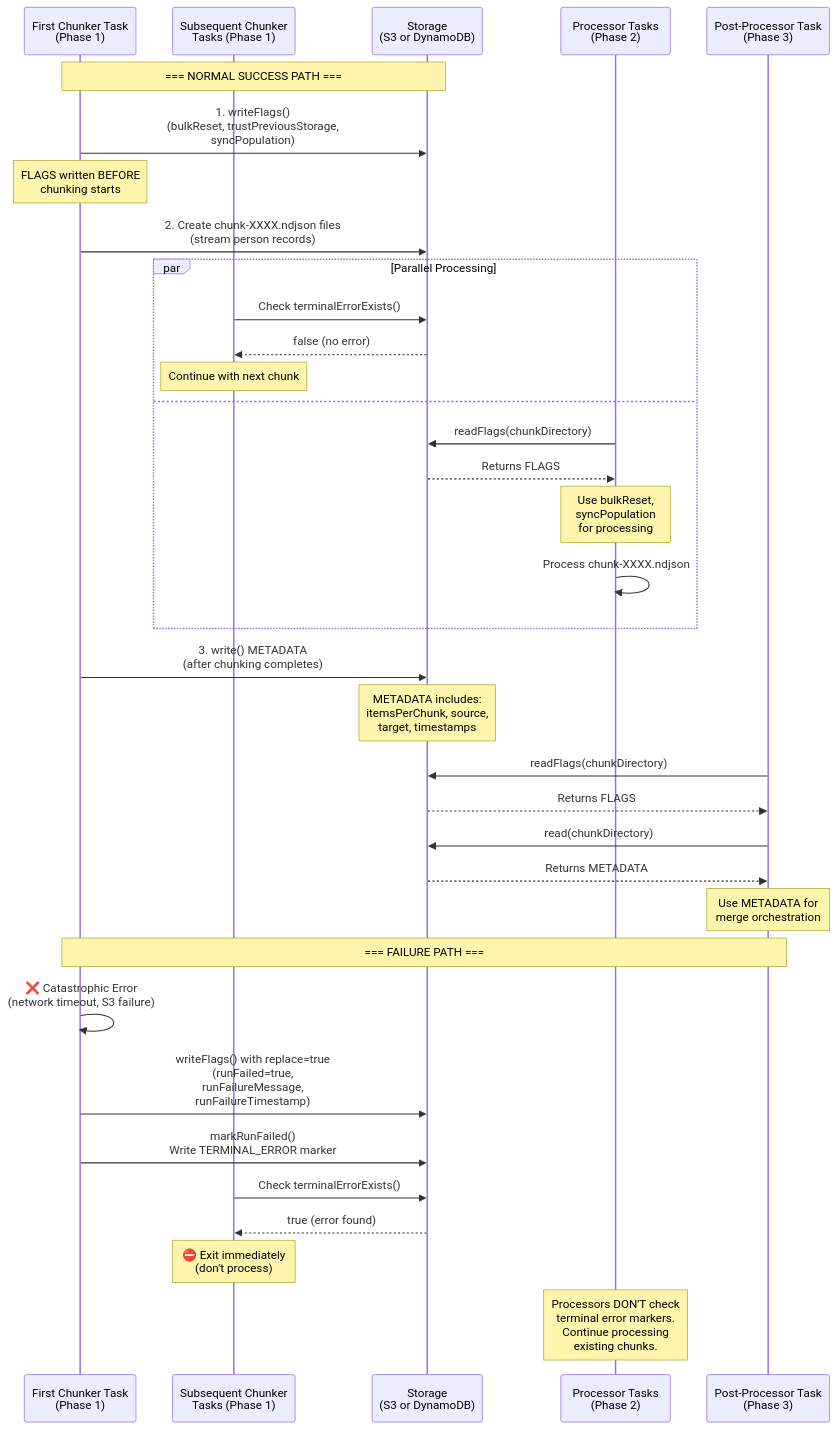
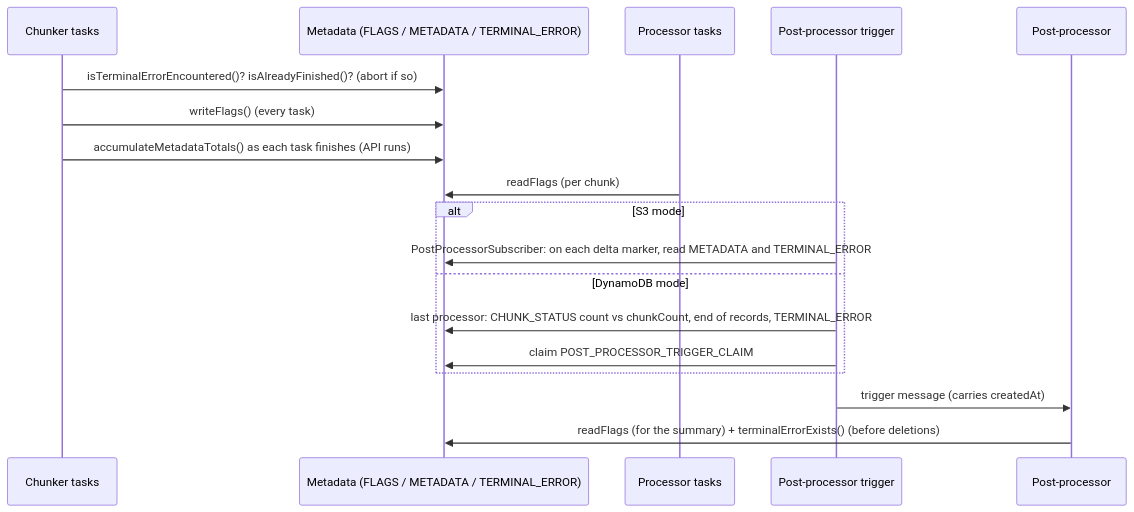
One commit to whennemuth/integration-huron-person-fargate changed the diagram in src/chunking/metadata/README.md. Above: the diagram before and after it, drawn with Mermaid. The commit also changed other lines of this file and 11 other files, not shown here.

````diff
--- a/src/chunking/metadata/README.md
+++ b/src/chunking/metadata/README.md
@@ -26,47 +58,21 @@
 ```mermaid
 sequenceDiagram
-    participant C1 as First Chunker Task<br/>(Phase 1)
-    participant CN as Subsequent Chunker<br/>Tasks (Phase 1)
-    participant S as Storage<br/>(S3 or DynamoDB)
-    participant P as Processor Tasks<br/>(Phase 2)
-    participant M as Post-Processor Task<br/>(Phase 3)
+    participant C as Chunker tasks
+    participant M as Metadata (FLAGS / METADATA / TERMINAL_ERROR)
+    participant P as Processor tasks
+    participant T as Post-processor trigger
+    participant PP as Post-processor
 
-    Note over C1,S: === NORMAL SUCCESS PATH ===
-    
-    C1->>S: 1. writeFlags()<br/>(bulkReset, trustPreviousStorage,<br/>syncPopulation)
-    Note over C1: FLAGS written BEFORE<br/>chunking starts
-    
-    C1->>S: 2. Create chunk-XXXX.ndjson files<br/>(stream person records)
-    
-    par Parallel Processing
-        CN->>S: Check terminalErrorExists()
-        S-->>CN: false (no error)
-        Note over CN: Continue with next chunk
-    and
-        P->>S: readFlags(chunkDirectory)
-        S-->>P: Returns FLAGS
-        Note over P: Use bulkReset,<br/>syncPopulation<br/>for processing
-        P->>P: Process chunk-XXXX.ndjson
+    C->>M: isTerminalErrorEncountered()? isAlreadyFinished()? (abort if so)
+    C->>M: writeFlags() (every task)
+    C->>M: accumulateMetadataTotals() as each task finishes (API runs)
+    P->>M: readFlags (per chunk)
+    alt S3 mode
+        T->>M: PostProcessorSubscriber: on each delta marker, read METADATA and TERMINAL_ERROR
+    else DynamoDB mode
+        T->>M: last processor: CHUNK_STATUS count vs chunkCount, end of records, TERMINAL_ERROR
+        T->>M: claim POST_PROCESSOR_TRIGGER_CLAIM
     end
-    
-    C1->>S: 3. write() METADATA<br/>(after chunking completes)
-    Note over S: METADATA includes:<br/>itemsPerChunk, source,<br/>target, timestamps
-
-    M->>S: readFlags(chunkDirectory)
-    S-->>M: Returns FLAGS
-    M->>S: read(chunkDirectory)
-    S-->>M: Returns METADATA
-    Note over M: Use METADATA for<br/>merge orchestration
-
-    Note over C1,M: === FAILURE PATH ===
-    
-    C1->>C1: ❌ Catastrophic Error<br/>(network timeout, S3 failure)
-    C1->>S: writeFlags() with replace=true<br/>(runFailed=true,<br/>runFailureMessage,<br/>runFailureTimestamp)
-    C1->>S: markRunFailed()<br/>Write TERMINAL_ERROR marker
-    
-    CN->>S: Check terminalErrorExists()
-    S-->>CN: true (error found)
-    Note over CN: ⛔ Exit immediately<br/>(don't process)
-    
-    Note over P: Processors DON'T check<br/>terminal error markers.<br/>Continue processing<br/>existing chunks.
+    T->>PP: trigger message (carries createdAt)
+    PP->>M: readFlags (for the summary) + terminalErrorExists() (before deletions)
 ```
````
